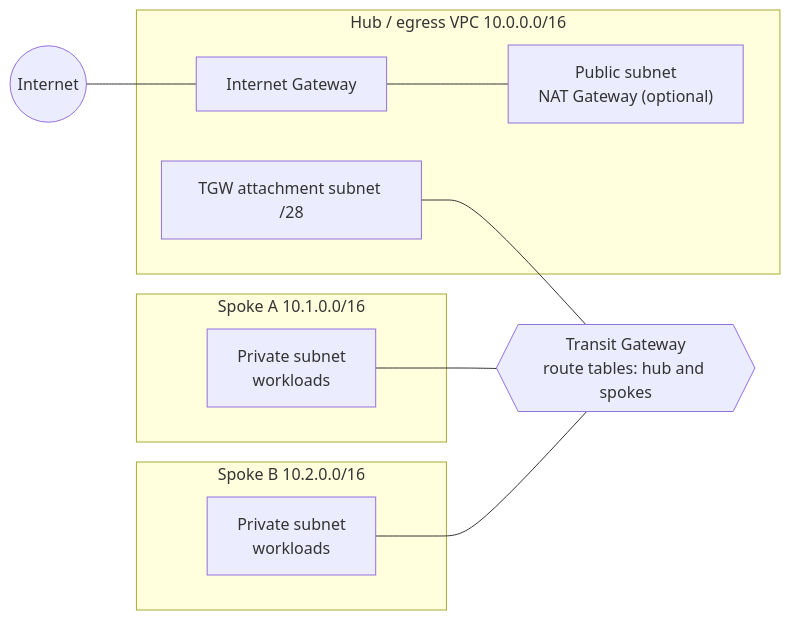
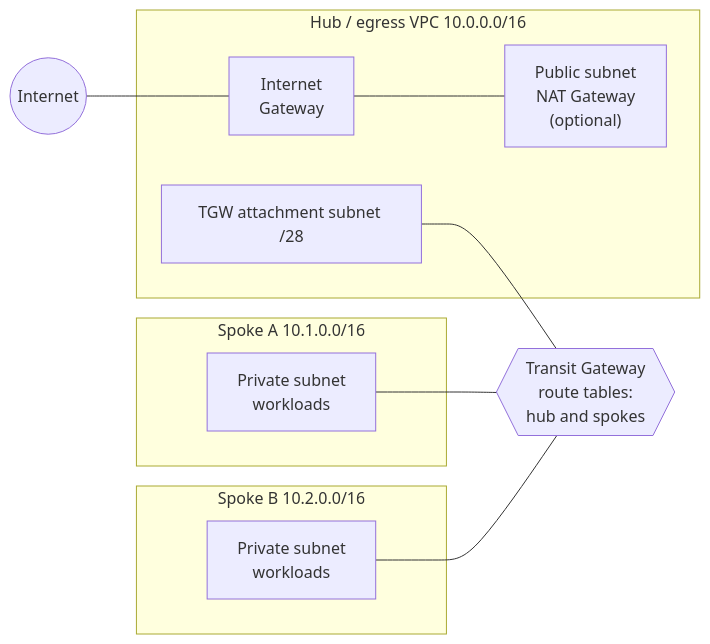
One commit to samartinezcuello/enterprise-cloud-network-automation changed the diagram in README.md. Above: the diagram before and after it, drawn with Mermaid.

````diff
--- a/README.md
+++ b/README.md
@@ -9,22 +9,22 @@
 ```mermaid
 flowchart LR
-    Internet((Internet)) --- IGW[Internet Gateway]
+    Internet((Internet)) --- IGW[Internet<br/>Gateway]
 
     subgraph HUB["Hub / egress VPC 10.0.0.0/16"]
-        IGW --- PUB["Public subnet<br/>NAT Gateway (optional)"]
+        IGW --- PUB["Public subnet<br/>NAT Gateway<br/>(optional)"]
         TGWSN["TGW attachment subnet /28"]
     end
 
     subgraph SPOKEA["Spoke A 10.1.0.0/16"]
         PRIVA["Private subnet<br/>workloads"]
     end
 
     subgraph SPOKEB["Spoke B 10.2.0.0/16"]
         PRIVB["Private subnet<br/>workloads"]
     end
 
-    TGW{{"Transit Gateway<br/>route tables: hub and spokes"}}
+    TGW{{"Transit Gateway<br/>route tables:<br/>hub and spokes"}}
     TGWSN --- TGW
     PRIVA --- TGW
     PRIVB --- TGW
 ```
````
